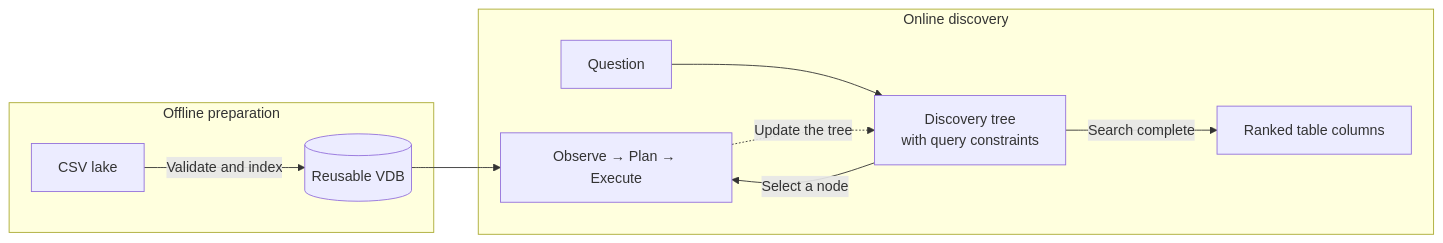
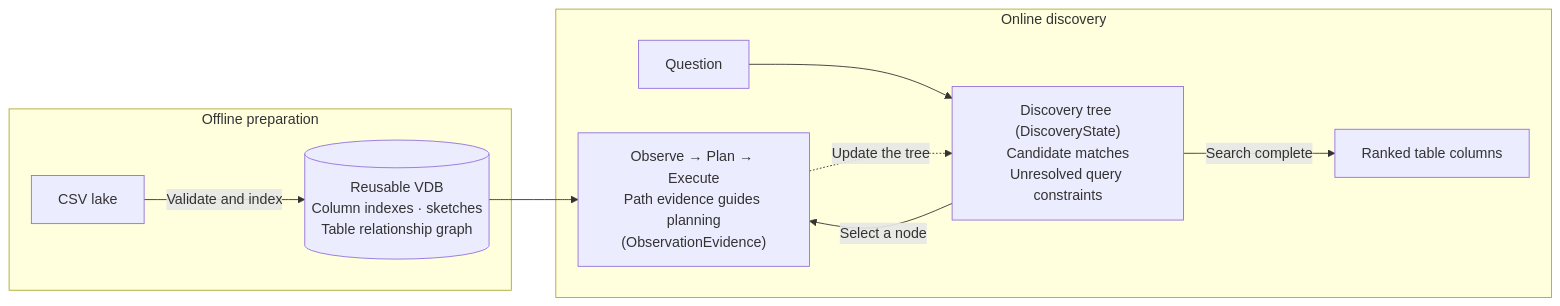
Before and after one commit to agentscope-ai/agentscope-samples: the diagram in search_agent/table_discovery_agent/README.md, drawn with Mermaid. The commit also changed other lines of this file, not shown here.

Commit message:
docs(table-discovery): refine the quick start and architecture diagram

````diff
--- a/search_agent/table_discovery_agent/README.md
+++ b/search_agent/table_discovery_agent/README.md
@@ -136,15 +137,15 @@
 ```mermaid
 flowchart LR
     subgraph Prep["Offline preparation"]
-        CSV["CSV lake"] -->|Validate and index| VDB[("Reusable VDB")]
+        CSV["CSV lake"] -->|Validate and index| VDB[("Reusable VDB<br/>Column indexes · sketches<br/>Table relationship graph")]
     end
 
     subgraph Search["Online discovery"]
-        Question["Question"] --> Tree["Discovery tree<br/>with query constraints"]
+        Question["Question"] --> Tree["Discovery tree (DiscoveryState)<br/>Candidate matches<br/>Unresolved query constraints"]
         Tree -->|Search complete| Results["Ranked table columns"]
-        Tree -->|Select a node| Cycle["Observe → Plan → Execute"]
+        Tree -->|Select a node| Cycle["Observe → Plan → Execute<br/>Path evidence guides planning<br/>(ObservationEvidence)"]
         Cycle -.->|Update the tree| Tree
     end
 
     VDB --> Cycle
 ```
````
